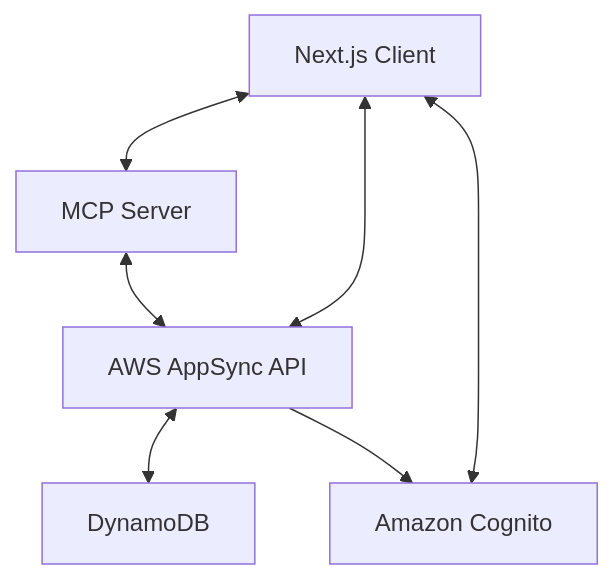
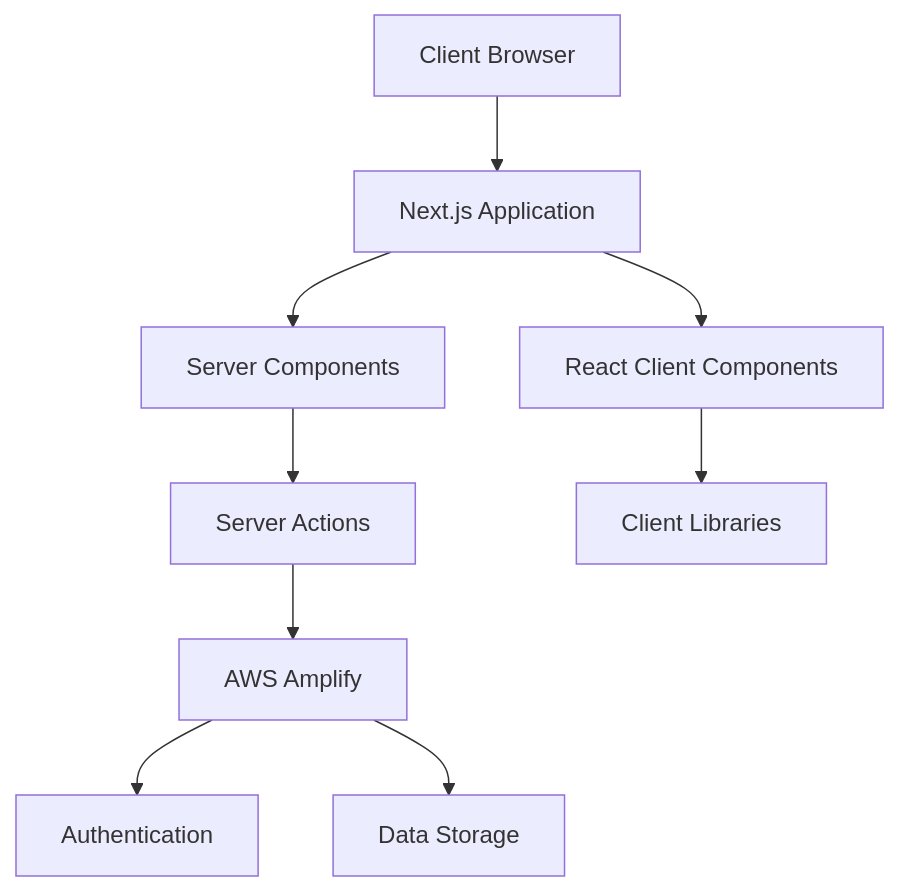
One commit to riletan/promptz changed the first of 3 diagrams in memory-bank/systemPatterns.md. Above: the diagram before and after it, drawn with Mermaid. The commit also changed other lines of this file and 76 other files, not shown here.

````diff
--- a/memory-bank/systemPatterns.md
+++ b/memory-bank/systemPatterns.md
@@ -7,15 +7,11 @@
 ```mermaid
 flowchart TD
-    Client[Next.js Client]
-    API[AWS AppSync API]
-    Auth[Amazon Cognito]
-    DB[DynamoDB]
-    MCP[MCP Server]
-
-    Client <--> API
-    Client <--> Auth
-    API <--> DB
-    API --> Auth
-    Client <--> MCP
-    MCP <--> API
+    Client[Client Browser] --> NextJS[Next.js Application]
+    NextJS --> SC[Server Components]
+    NextJS --> RC[React Client Components]
+    SC --> ServerActions[Server Actions]
+    ServerActions --> Amplify[AWS Amplify]
+    Amplify --> Auth[Authentication]
+    Amplify --> Data[Data Storage]
+    RC --> ClientLib[Client Libraries]
 ```
````
